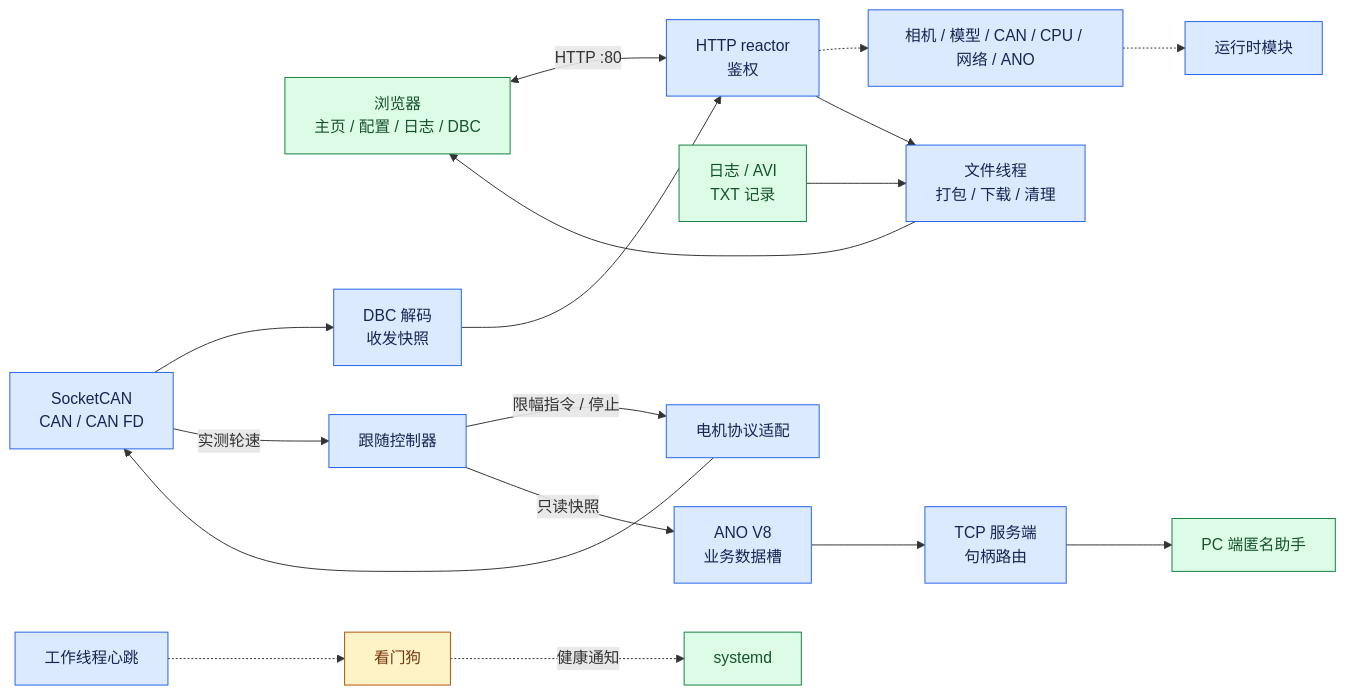
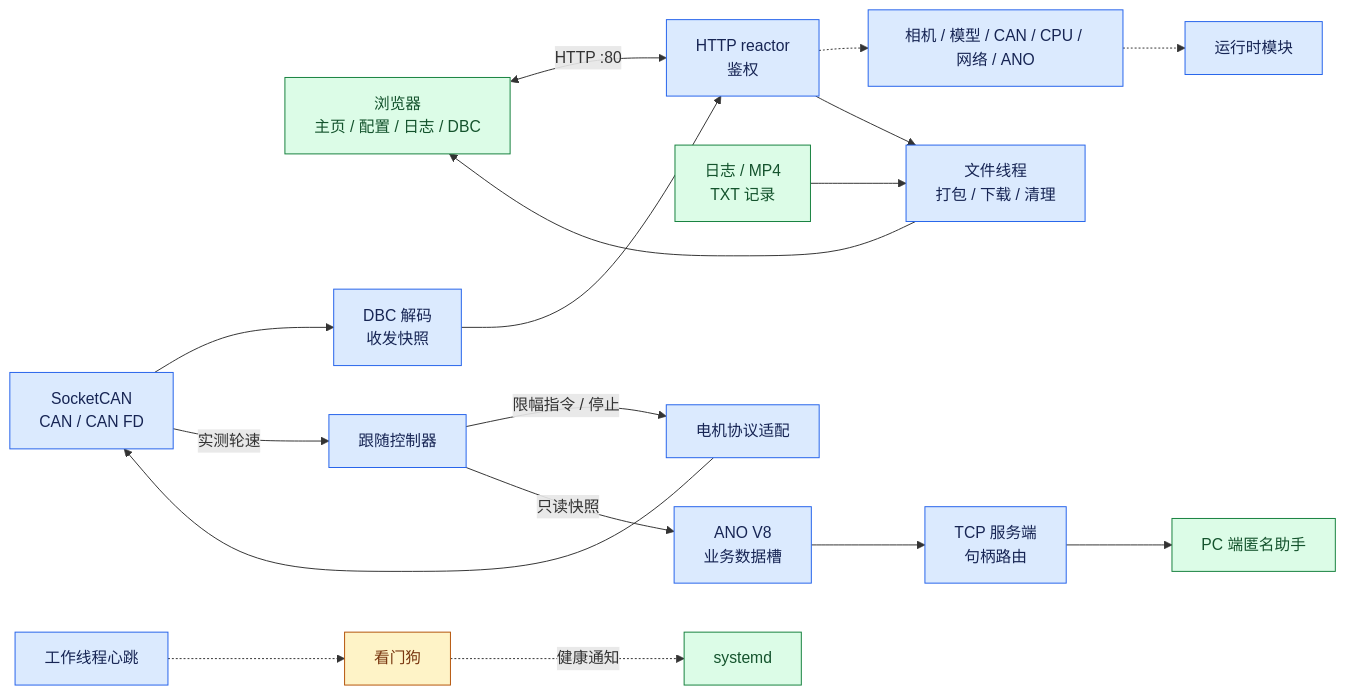
One commit to qianruo-orange/autonomous-driving-car changed the third of 6 diagrams in README.md. Above: the diagram before and after it, drawn with Mermaid. The commit also changed other lines of this file, not shown here.

````diff
--- a/README.md
+++ b/README.md
@@ -120,25 +119,25 @@
 ```mermaid
 flowchart LR
     Browser["浏览器<br/>主页 / 配置 / 日志 / DBC"] <-->|HTTP :80| HTTP["HTTP reactor<br/>鉴权"]
     HTTP -.-> Settings["相机 / 模型 / CAN / CPU / 网络 / ANO"]
     Settings -.-> Modules["运行时模块"]
     HTTP --> Files["文件线程<br/>打包 / 下载 / 清理"]
-    Storage["日志 / AVI<br/>TXT 记录"] --> Files
+    Storage["日志 / MP4<br/>TXT 记录"] --> Files
     Files --> Browser
     CAN["SocketCAN<br/>CAN / CAN FD"] --> DBC["DBC 解码<br/>收发快照"]
     DBC --> HTTP
     CAN -->|实测轮速| Follow["跟随控制器"]
     Follow -->|限幅指令 / 停止| Adapter["电机协议适配"]
     Adapter --> CAN
     Follow -->|只读快照| ANO["ANO V8<br/>业务数据槽"]
     ANO --> TCP["TCP 服务端<br/>句柄路由"]
     TCP --> PC["PC 端匿名助手"]
     Workers["工作线程心跳"] -.-> Watchdog["看门狗"]
     Watchdog -.->|健康通知| Systemd["systemd"]
     classDef process fill:#dbeafe,stroke:#2563eb,color:#172554
     classDef output fill:#dcfce7,stroke:#15803d,color:#14532d
     classDef check fill:#fef3c7,stroke:#b45309,color:#78350f
     class HTTP,Settings,Modules,Files,CAN,DBC,Follow,Adapter,ANO,TCP,Workers process
     class Browser,Storage,PC,Systemd output
     class Watchdog check
 ```
````
